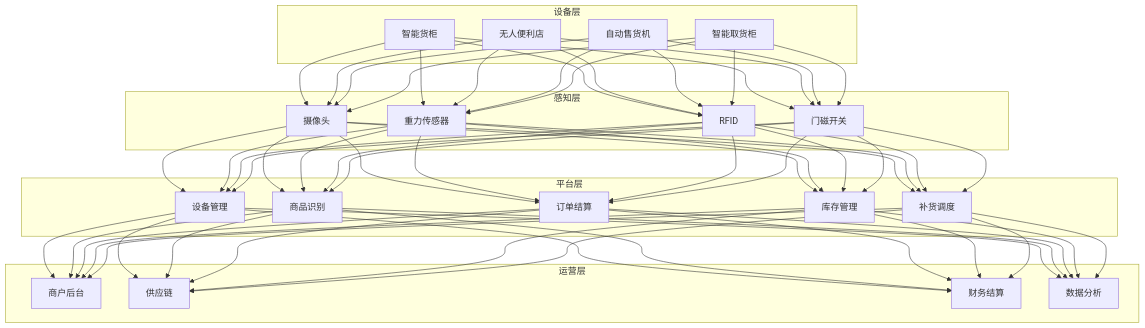
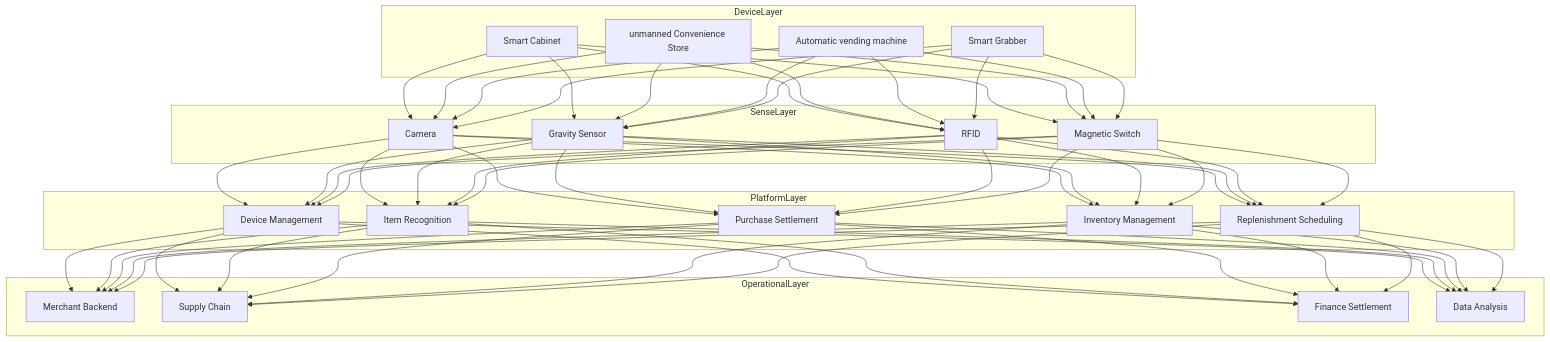
The first of 3 diagrams in tree/application/architecture/unmanned-retail.md (teaglebuilt/knowledge-tree), drawn with Mermaid before and after one commit. The commit also changed other lines of this file and 7 other files, not shown here.

````diff
--- a/tree/application/architecture/unmanned-retail.md
+++ b/tree/application/architecture/unmanned-retail.md
@@ -84,35 +84,35 @@
 ```mermaid
 graph TB
-    subgraph 设备层
-        D1[智能货柜]
-        D2[无人便利店]
-        D3[自动售货机]
-        D4[智能取货柜]
+    subgraph DeviceLayer
+        D1[Smart Cabinet]
+        D2[unmanned Convenience Store]
+        D3[Automatic vending machine]
+        D4[Smart Grabber]
     end
 
-    subgraph 感知层
-        S1[摄像头]
-        S2[重力传感器]
+    subgraph SenseLayer
+        S1[Camera]
+        S2[Gravity Sensor]
         S3[RFID]
-        S4[门磁开关]
+        S4[Magnetic Switch]
     end
 
-    subgraph 平台层
-        P1[设备管理]
-        P2[商品识别]
-        P3[订单结算]
-        P4[库存管理]
-        P5[补货调度]
+    subgraph PlatformLayer
+        P1[Device Management]
+        P2[Item Recognition]
+        P3[Purchase Settlement]
+        P4[Inventory Management]
+        P5[Replenishment Scheduling]
     end
 
-    subgraph 运营层
-        O1[商户后台]
-        O2[供应链]
-        O3[财务结算]
-        O4[数据分析]
+    subgraph OperationalLayer
+        O1[Merchant Backend]
+        O2[Supply Chain]
+        O3[Finance Settlement]
+        O4[Data Analysis]
     end
 
     D1 & D2 & D3 & D4 --> S1 & S2 & S3 & S4
     S1 & S2 & S3 & S4 --> P1 & P2 & P3 & P4 & P5
     P1 & P2 & P3 & P4 & P5 --> O1 & O2 & O3 & O4
 ```
````
